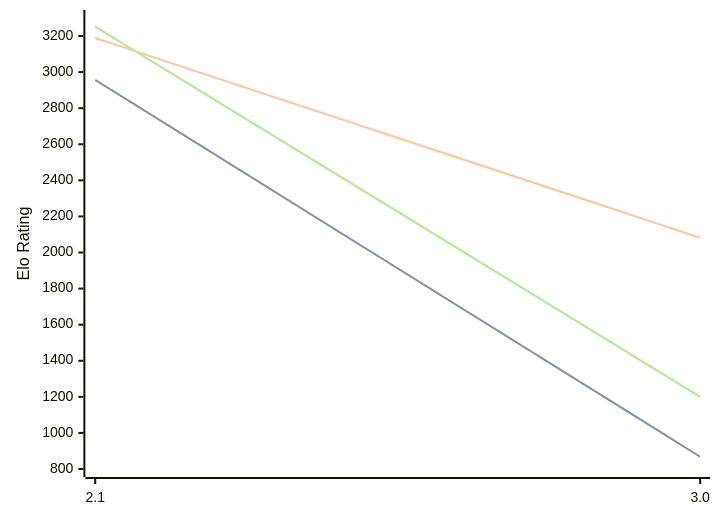
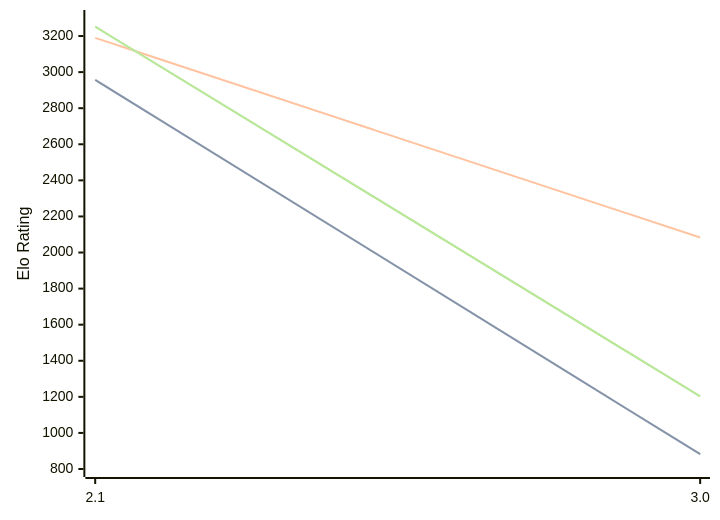
One commit to computer-chess-index/cci changed the diagram in engines/Quirky.md. Above: the diagram before and after it, drawn with Mermaid. The commit also changed other lines of this file, not shown here.

Commit message:
Update CCI Ratings (ELO VLTC) - 2026-08-27

````diff
--- a/engines/Quirky.md
+++ b/engines/Quirky.md
@@ -32,11 +32,11 @@
 ```mermaid
 %%{init: {"theme":"base","themeVariables":{"seriesColors:['#a3a3a3','#222221','#faa371']}}}%%
 xychart-beta
   x-axis ["2.1", "3.0"]
   y-axis "Elo Rating" 800 --> 3300
-  line "STC (8.0+0.08s)" [2957, 868]
-  line "STC (8.0+0.08s)" [2957, 868]
-  line "LTC (60.0+0.60s)" [3189, 2082]
-  line "VLTC (2m24s+1.12s)" [3252, 1200]
-  line "VLTC (2m24s+1.12s)" [3252, 1200]
+  line "STC (8.0+0.08s)" [2957, 882]
+  line "STC (8.0+0.08s)" [2957, 882]
+  line "LTC (60.0+0.60s)" [3190, 2083]
+  line "VLTC (2m24s+1.12s)" [3252, 1203]
+  line "VLTC (2m24s+1.12s)" [3252, 1203]
 ```
````
